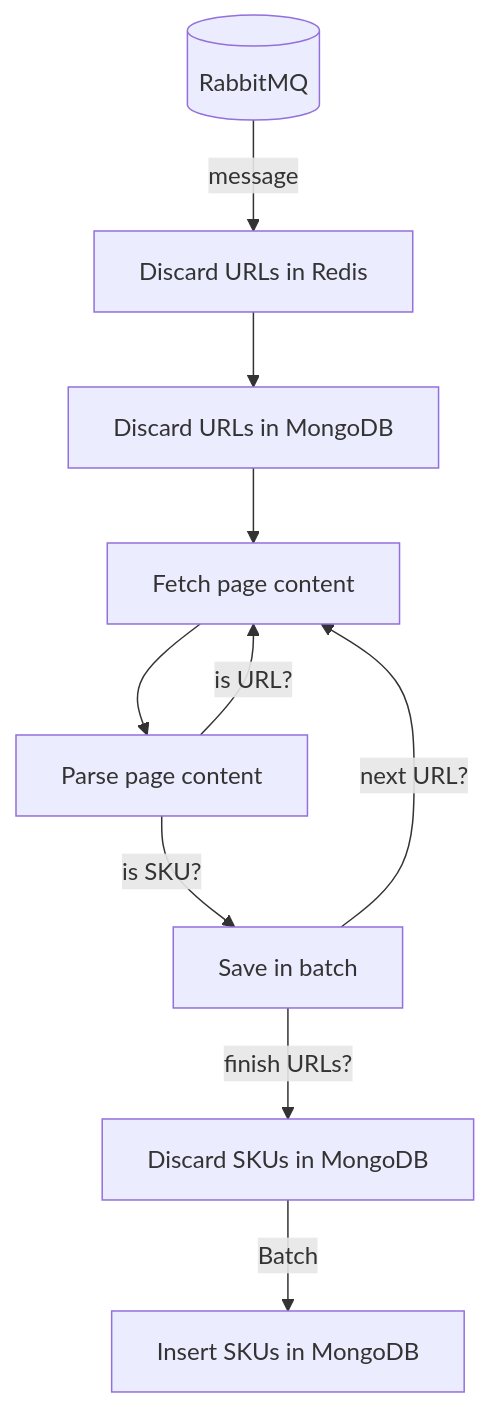
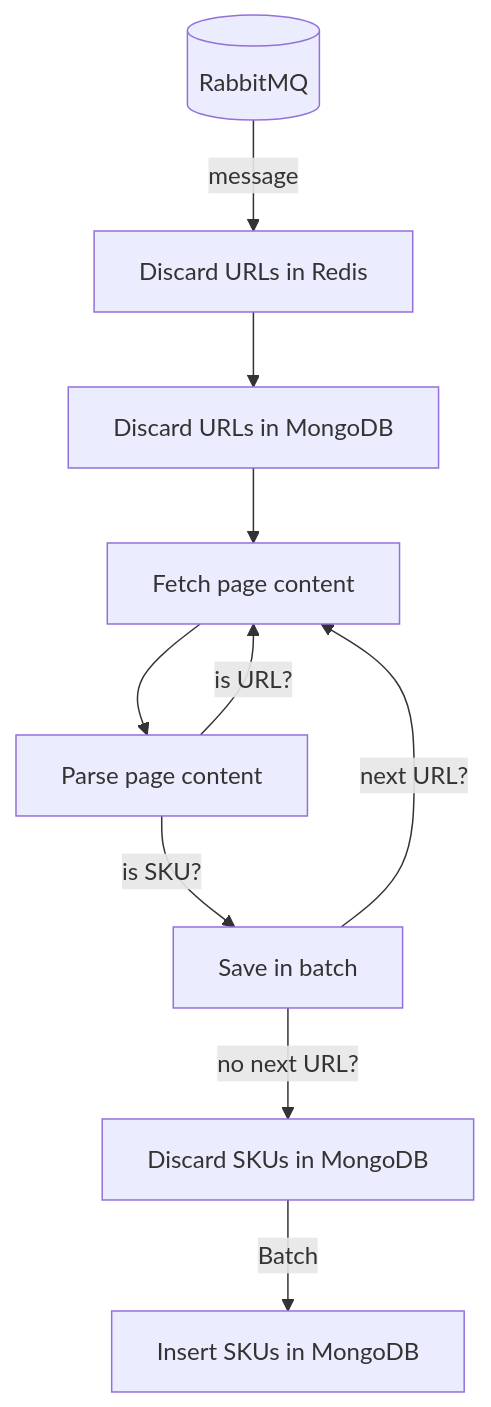
The diagram in README.md (la-catalog/page-scraper), drawn with Mermaid before and after one commit.

````diff
--- a/README.md
+++ b/README.md
@@ -5,22 +5,22 @@
 ```mermaid
 flowchart TD
     rabbit[(RabbitMQ)]
 
     discard_urls_redis[Discard URLs in Redis]
     discard_urls_mongo[Discard URLs in MongoDB]
     fetch_page[Fetch page content]
     parse_page[Parse page content]
     save_batch[Save in batch]
     discard_skus_mongo[Discard SKUs in MongoDB]
     insert_skus[Insert SKUs in MongoDB]
 
     rabbit --message--> discard_urls_redis
     discard_urls_redis --> discard_urls_mongo
     discard_urls_mongo --> fetch_page
     fetch_page --> parse_page
     parse_page --is URL?--> fetch_page
     parse_page --is SKU?--> save_batch
     save_batch --next URL?--> fetch_page
-    save_batch --finish URLs?--> discard_skus_mongo
+    save_batch --no next URL?--> discard_skus_mongo
     discard_skus_mongo --Batch--> insert_skus
 ```
````
